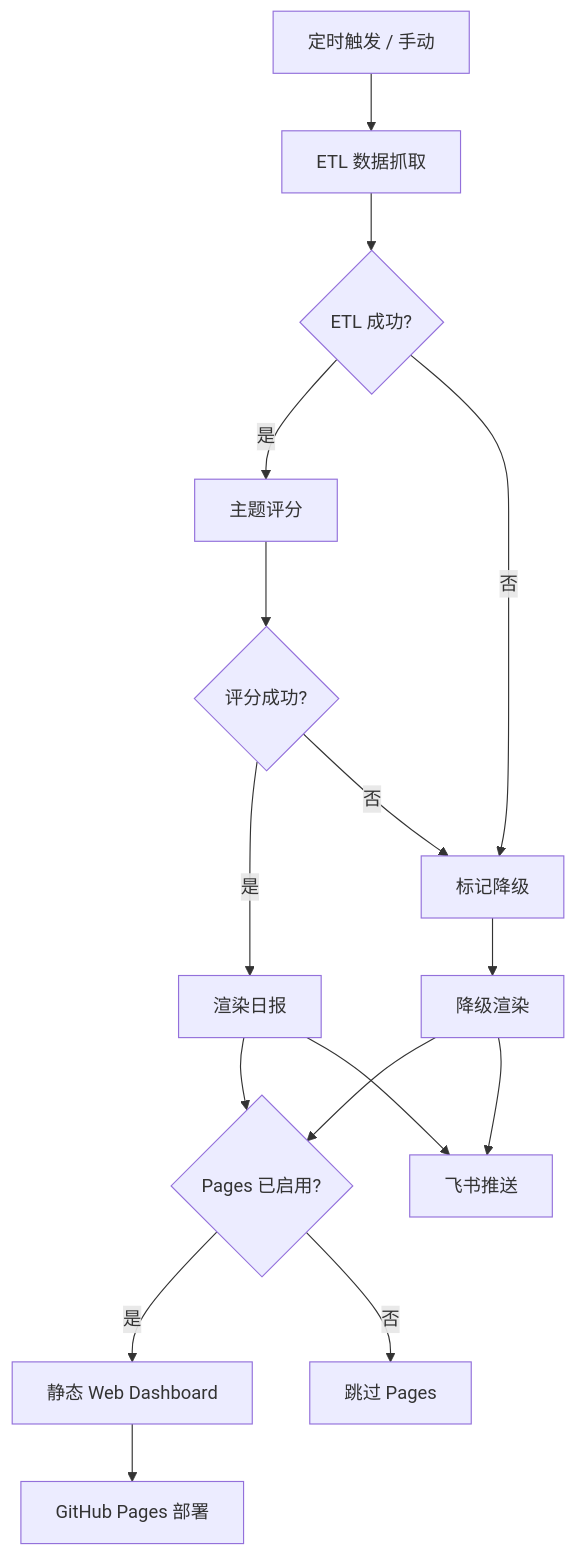
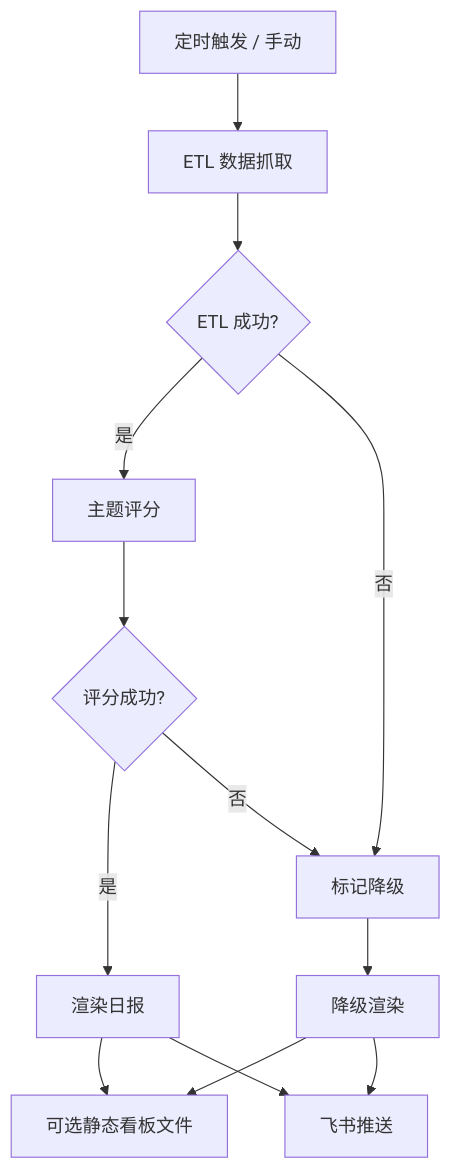
The diagram in docs/architecture.zh-CN.md (runchengxie/quant-intel-platform), drawn with Mermaid before and after one commit. The commit also changed other lines of this file and 200 other files, not shown here.

````diff
--- a/docs/architecture.zh-CN.md
+++ b/docs/architecture.zh-CN.md
@@ -13,16 +13,13 @@
 ```mermaid
 flowchart TD
     A[定时触发 / 手动] --> C[ETL 数据抓取]
     C --> D{ETL 成功?}
     D -- 是 --> E[主题评分]
     D -- 否 --> G[标记降级]
     E --> F{评分成功?}
     F -- 是 --> H[渲染日报]
     F -- 否 --> G
     G --> Hd[降级渲染]
-    H & Hd --> P{Pages 已启用?}
-    P -- 是 --> W[静态 Web Dashboard]
-    W --> I[GitHub Pages 部署]
-    P -- 否 --> K[跳过 Pages]
+    H & Hd --> W[可选静态看板文件]
     H & Hd --> J[飞书推送]
 ```
````
